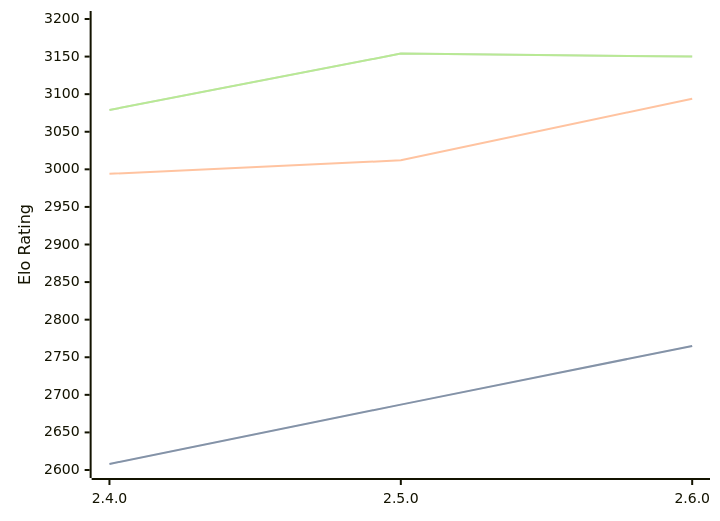
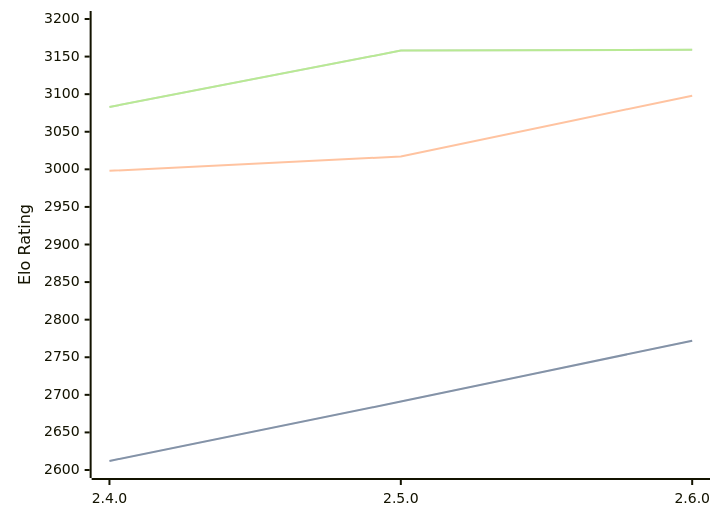
Before and after one commit to computer-chess-index/cci: the diagram in engines/Sturddle2.md, drawn with Mermaid. The commit also changed other lines of this file, not shown here.

Commit message:
Update CCI Ratings (ELO VLTC) - 2026-08-18

````diff
--- a/engines/Sturddle2.md
+++ b/engines/Sturddle2.md
@@ -33,11 +33,11 @@
 ```mermaid
 %%{init: {"theme":"base","themeVariables":{"seriesColors:['#a3a3a3','#222221','#faa371']}}}%%
 xychart-beta
   x-axis ["2.4.0", "2.5.0", "2.6.0"]
   y-axis "Elo Rating" 2600 --> 3200
-  line "STC (8.0+0.08s)" [2608, 2687, 2765]
-  line "STC (8.0+0.08s)" [2608, 2687, 2765]
-  line "LTC (60.0+0.60s)" [2994, 3012, 3094]
-  line "VLTC (2m24s+1.12s)" [3079, 3154, 3150]
-  line "VLTC (2m24s+1.12s)" [3079, 3154, 3150]
+  line "STC (8.0+0.08s)" [2612, 2691, 2772]
+  line "STC (8.0+0.08s)" [2612, 2691, 2772]
+  line "LTC (60.0+0.60s)" [2998, 3017, 3098]
+  line "VLTC (2m24s+1.12s)" [3083, 3158, 3159]
+  line "VLTC (2m24s+1.12s)" [3083, 3158, 3159]
 ```
````
